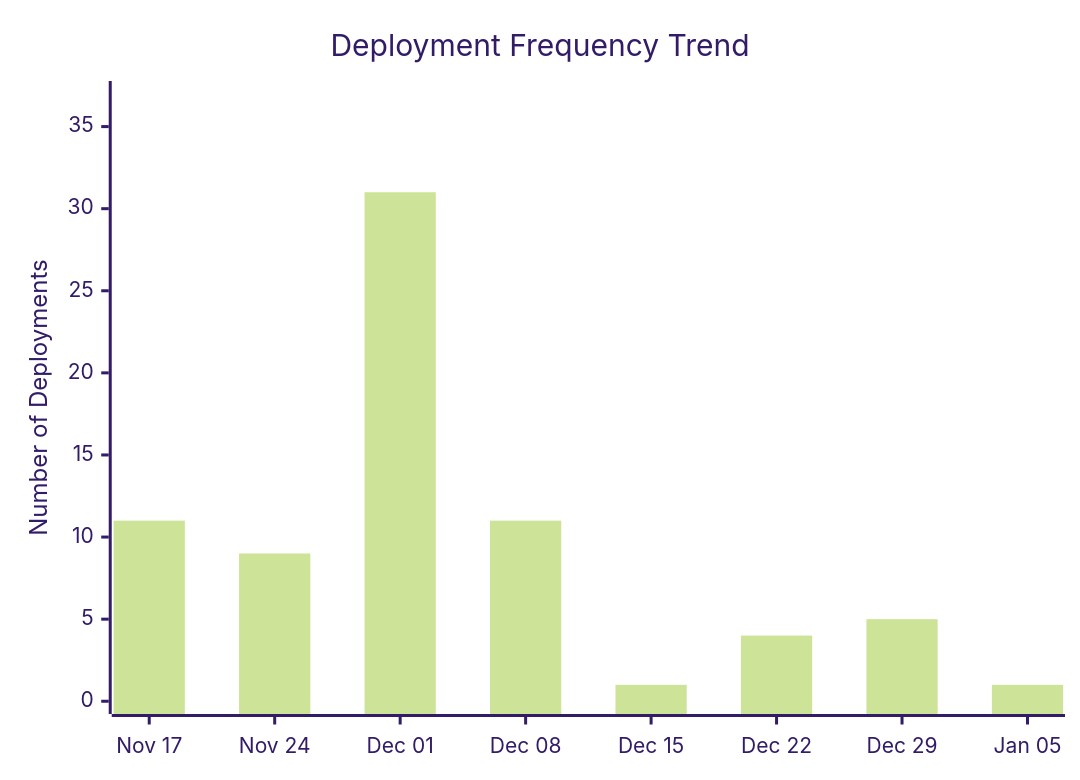
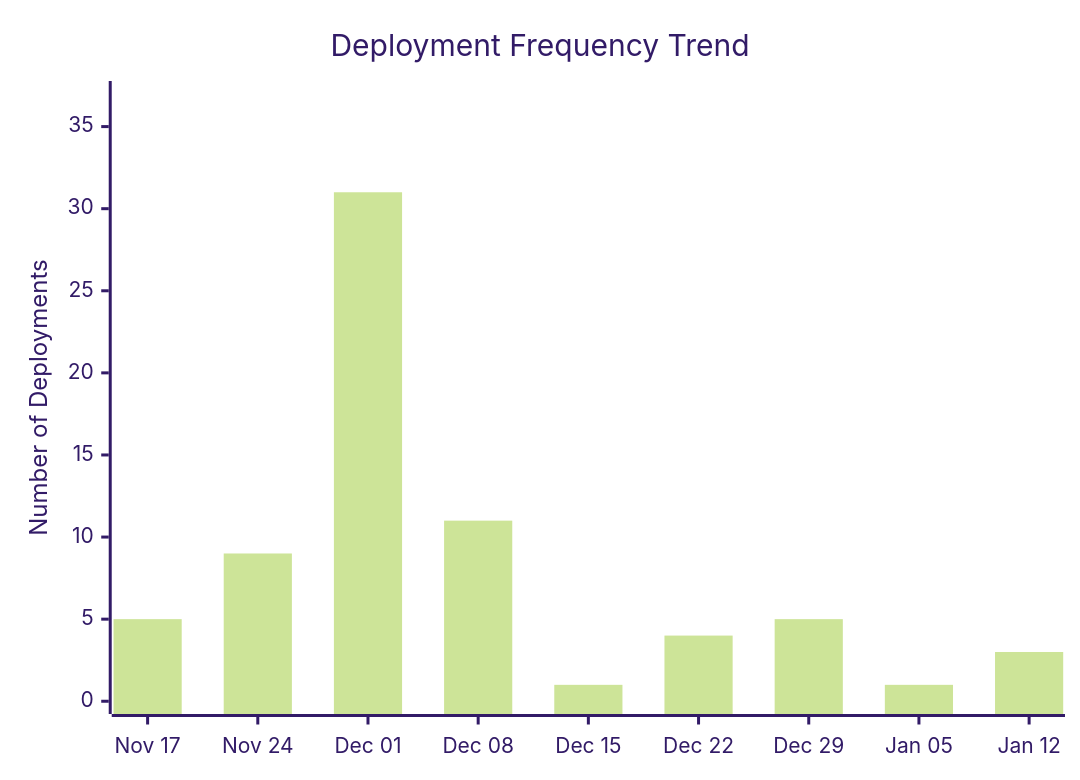
One commit to ukma-cs-ssdm-2025/rate-ukma changed the third of 4 diagrams in docs/ci-cd/dora-summary.md. Above: the diagram before and after it, drawn with Mermaid (forest theme). The commit also changed other lines of this file, not shown here.

````diff
--- a/docs/ci-cd/dora-summary.md
+++ b/docs/ci-cd/dora-summary.md
@@ -50,7 +48,7 @@
 ```mermaid
 xychart-beta
     title "Deployment Frequency Trend"
-    x-axis ["Nov 17", "Nov 24", "Dec 01", "Dec 08", "Dec 15", "Dec 22", "Dec 29", "Jan 05"]
+    x-axis ["Nov 17", "Nov 24", "Dec 01", "Dec 08", "Dec 15", "Dec 22", "Dec 29", "Jan 05", "Jan 12"]
     y-axis "Number of Deployments" 0 --> 37
-    bar [11.00, 9.00, 31.00, 11.00, 1.00, 4.00, 5.00, 1.00]
+    bar [5.00, 9.00, 31.00, 11.00, 1.00, 4.00, 5.00, 1.00, 3.00]
 ```
````
